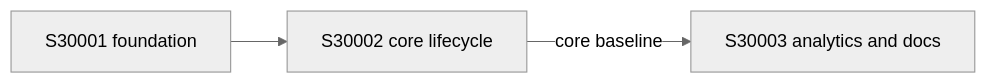
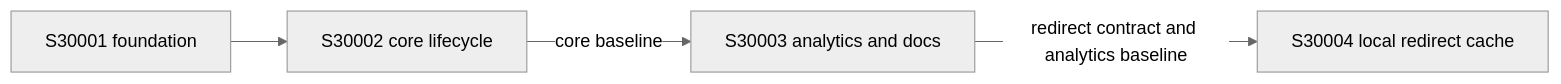
Before and after one commit to abhjit603/url-shortener-schwab-test: the diagram in .workitems/FEATURE001/EPIC001/Decomposition.md, drawn with Mermaid (neutral theme). The commit also changed other lines of this file and 21 other files, not shown here.

Commit message:
feat(url-shortener): Add bounded redirect metadata cache

````diff
--- a/.workitems/FEATURE001/EPIC001/Decomposition.md
+++ b/.workitems/FEATURE001/EPIC001/Decomposition.md
@@ -25,5 +27,6 @@
 ```mermaid
 graph LR
   S30001[S30001 foundation] --> S30002[S30002 core lifecycle]
   S30002 -->|core baseline| S30003[S30003 analytics and docs]
+  S30003 -->|redirect contract and analytics baseline| S30004[S30004 local redirect cache]
 ```
````
